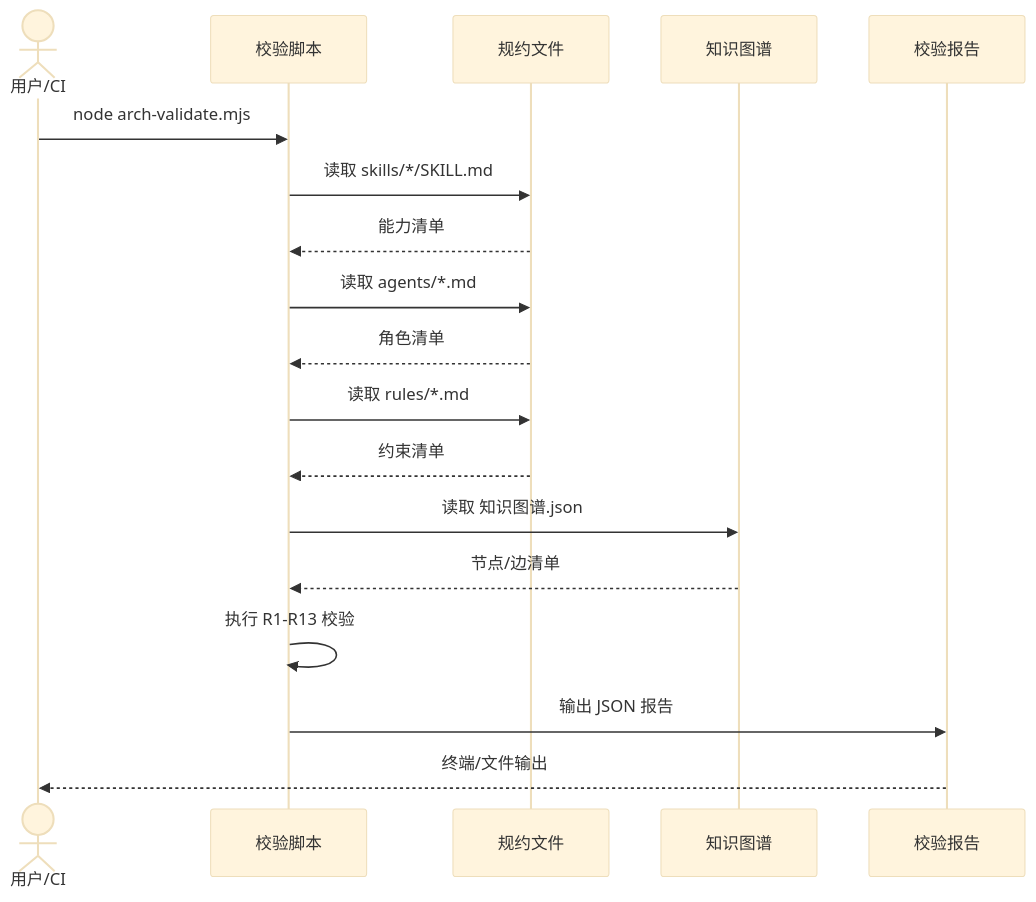
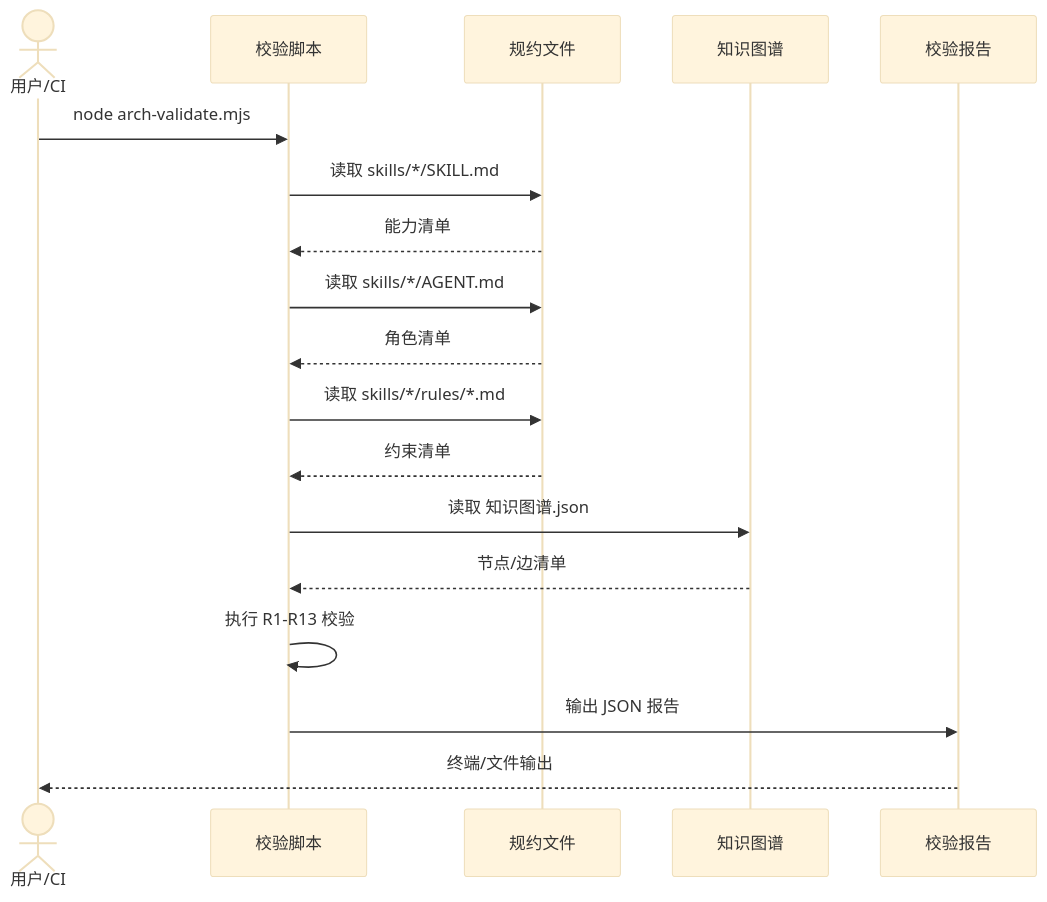
One commit to effiy/YrY changed the second of 3 diagrams in cdn/yry-arch/scenes/场景-6-架构断言脚本化校验/index.md. Above: the diagram before and after it, drawn with Mermaid (base theme). The commit also changed other lines of this file and 1028 other files, not shown here.

````diff
--- a/cdn/yry-arch/scenes/场景-6-架构断言脚本化校验/index.md
+++ b/cdn/yry-arch/scenes/场景-6-架构断言脚本化校验/index.md
@@ -63,21 +64,21 @@
 ```mermaid
 sequenceDiagram
     actor U as 用户/CI
     participant S as 校验脚本
     participant R as 规约文件
     participant KG as 知识图谱
     participant REP as 校验报告
 
     U->>S: node arch-validate.mjs
     S->>R: 读取 skills/*/SKILL.md
     R-->>S: 能力清单
-    S->>R: 读取 agents/*.md
+    S->>R: 读取 skills/*/AGENT.md
     R-->>S: 角色清单
-    S->>R: 读取 rules/*.md
+    S->>R: 读取 skills/*/rules/*.md
     R-->>S: 约束清单
     S->>KG: 读取 知识图谱.json
     KG-->>S: 节点/边清单
     S->>S: 执行 R1-R13 校验
     S->>REP: 输出 JSON 报告
     REP-->>U: 终端/文件输出
 ```
````
